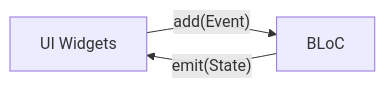
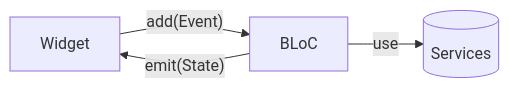
Before and after one commit to mraj555/BlocLabs: the first of 2 diagrams in README.md, drawn with Mermaid. The commit also changed other lines of this file, not shown here.

````diff
--- a/README.md
+++ b/README.md
@@ -86,5 +65,6 @@
 ```mermaid
 flowchart LR
-  UI[UI Widgets] -- add(Event) --> BLoC
+  UI[Widget] -- add(Event) --> BLoC
   BLoC -- emit(State) --> UI
+  BLoC -- use --> Utils[(Services)]
 ```
````
